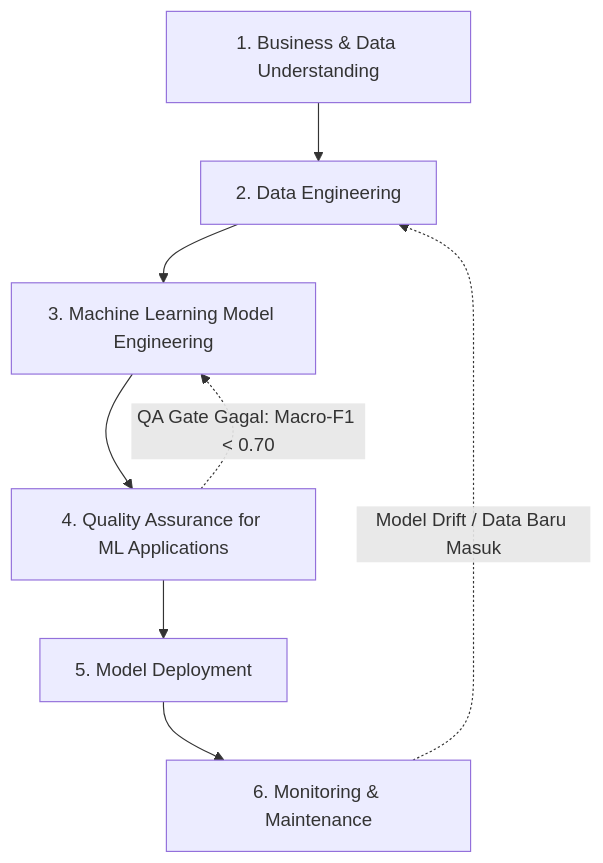
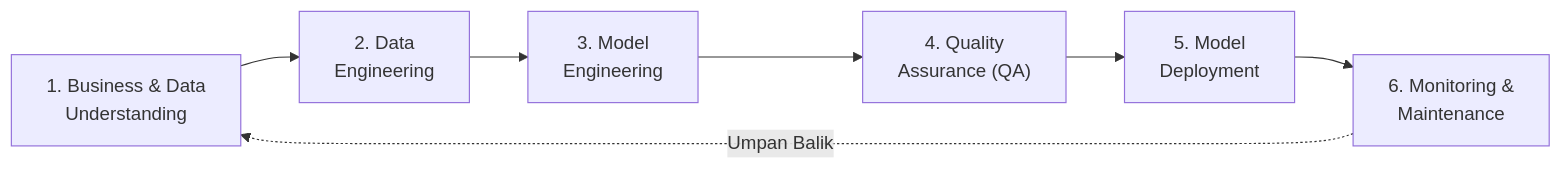
Before and after one commit to accfd/SI-REKTA: the diagram in docs/SI-REKTA_CRISP_ML_Q.md, drawn with Mermaid. The commit also changed other lines of this file and 3 other files, not shown here.

````diff
--- a/docs/SI-REKTA_CRISP_ML_Q.md
+++ b/docs/SI-REKTA_CRISP_ML_Q.md
@@ -17,11 +19,9 @@
 ```mermaid
-graph TD
-    F1["1. Business & Data Understanding"] --> F2["2. Data Engineering"]
-    F2 --> F3["3. Machine Learning Model Engineering"]
-    F3 --> F4["4. Quality Assurance for ML Applications"]
-    F4 --> F5["5. Model Deployment"]
-    F5 --> F6["6. Monitoring & Maintenance"]
-    
-    F4 -.->|QA Gate Gagal: Macro-F1 < 0.70| F3
-    F6 -.->|Model Drift / Data Baru Masuk| F2
+flowchart LR
+    F1["1. Business & Data<br>Understanding"] --> F2["2. Data<br>Engineering"]
+    F2 --> F3["3. Model<br>Engineering"]
+    F3 --> F4["4. Quality<br>Assurance (QA)"]
+    F4 --> F5["5. Model<br>Deployment"]
+    F5 --> F6["6. Monitoring &<br>Maintenance"]
+    F6 -. Umpan Balik .-> F1
 ```
````
